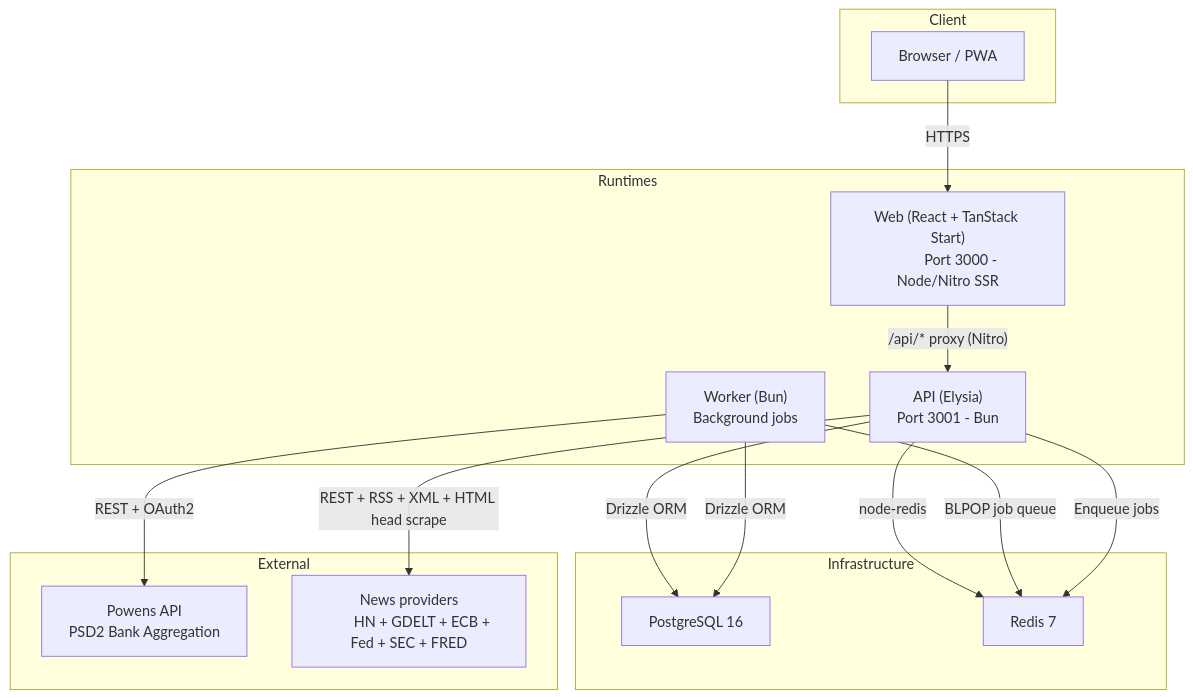
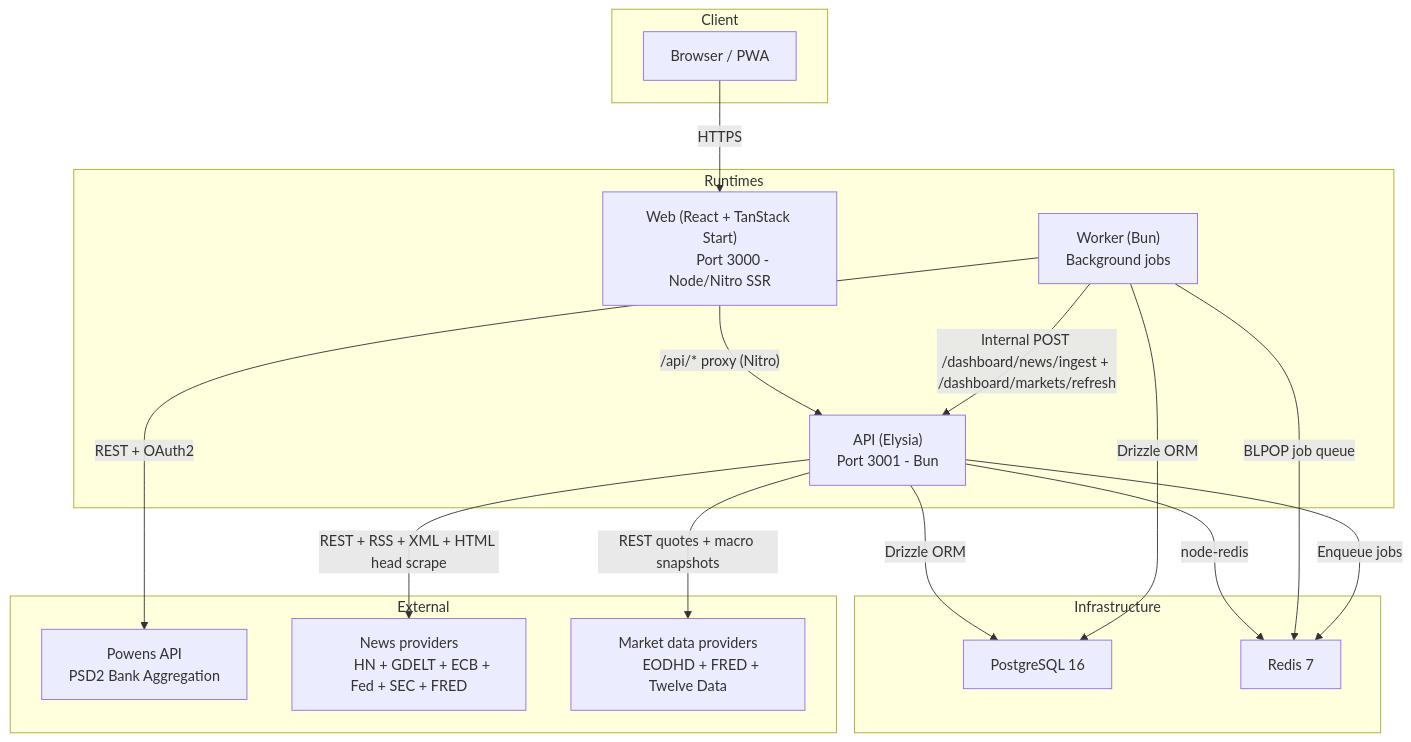
Before and after one commit to BigZoo92/finance-os: the first of 6 diagrams in docs/context/STACK.md, drawn with Mermaid. The commit also changed other lines of this file and 68 other files, not shown here.

````diff
--- a/docs/context/STACK.md
+++ b/docs/context/STACK.md
@@ -14,37 +14,41 @@
 ```mermaid
 graph TB
     subgraph "Client"
         Browser["Browser / PWA"]
     end
 
     subgraph "Runtimes"
         Web["Web (React + TanStack Start)
         Port 3000 - Node/Nitro SSR"]
         API["API (Elysia)
         Port 3001 - Bun"]
         Worker["Worker (Bun)
         Background jobs"]
     end
 
     subgraph "Infrastructure"
         PG["PostgreSQL 16"]
         Redis["Redis 7"]
     end
 
     subgraph "External"
         Powens["Powens API
         PSD2 Bank Aggregation"]
         NewsProviders["News providers
         HN + GDELT + ECB + Fed + SEC + FRED"]
+        MarketProviders["Market data providers
+        EODHD + FRED + Twelve Data"]
     end
 
     Browser -->|"HTTPS"| Web
     Web -->|"/api/* proxy (Nitro)"| API
     API -->|"Drizzle ORM"| PG
     API -->|"node-redis"| Redis
     Worker -->|"Drizzle ORM"| PG
     Worker -->|"BLPOP job queue"| Redis
     Worker -->|"REST + OAuth2"| Powens
     API -->|"REST + RSS + XML + HTML head scrape"| NewsProviders
+    API -->|"REST quotes + macro snapshots"| MarketProviders
     API -->|"Enqueue jobs"| Redis
+    Worker -->|"Internal POST /dashboard/news/ingest + /dashboard/markets/refresh"| API
 ```
````
